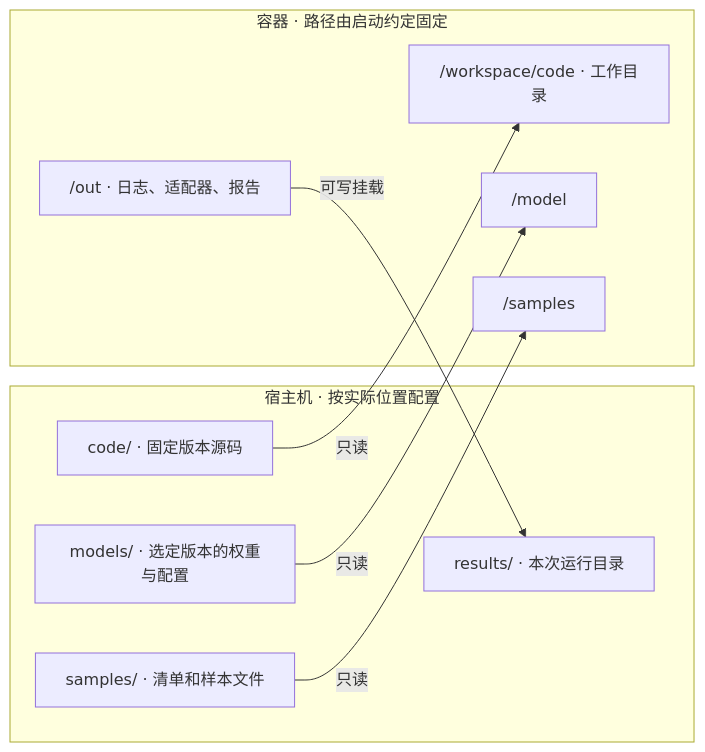
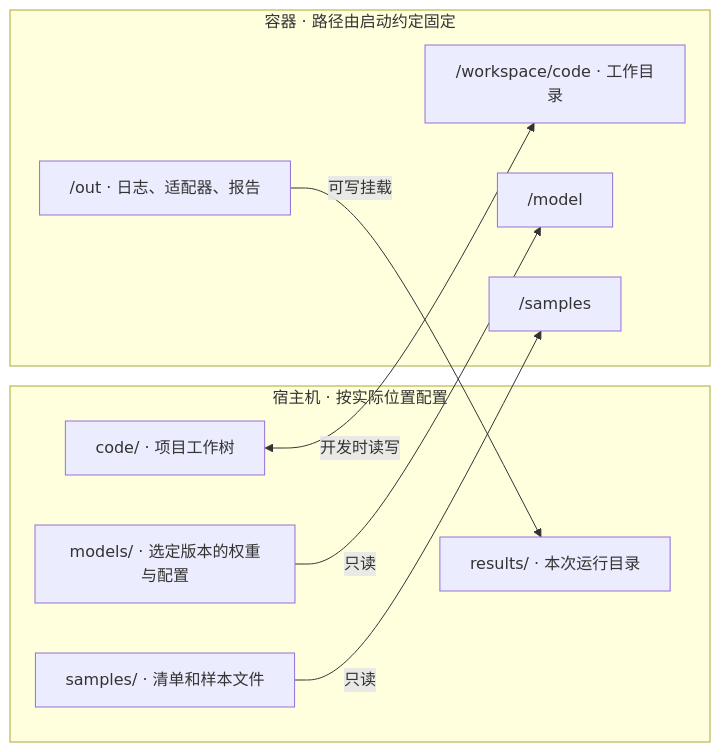
One commit to Jichao0101/Knowledge-Base changed the diagram in 01_Knowledge/模型/方法与流程/模型容器分阶段构建与迁移实操.md. Above: the diagram before and after it, drawn with Mermaid. The commit also changed other lines of this file and 1 other file, not shown here.

Commit message:
update vlm experiment record

````diff
--- a/01_Knowledge/模型/方法与流程/模型容器分阶段构建与迁移实操.md
+++ b/01_Knowledge/模型/方法与流程/模型容器分阶段构建与迁移实操.md
@@ -79,19 +79,19 @@
 ```mermaid
 flowchart LR
     subgraph host["宿主机 · 按实际位置配置"]
-        code["code/ · 固定版本源码"]
+        code["code/ · 项目工作树"]
         models["models/ · 选定版本的权重与配置"]
         samples["samples/ · 清单和样本文件"]
         results["results/ · 本次运行目录"]
     end
     subgraph container["容器 · 路径由启动约定固定"]
         work["/workspace/code · 工作目录"]
         model["/model"]
         data["/samples"]
         output["/out · 日志、适配器、报告"]
     end
-    code -->|只读| work
+    code <-->|开发时读写| work
     models -->|只读| model
     samples -->|只读| data
     output -->|可写挂载| results
 ```
````
